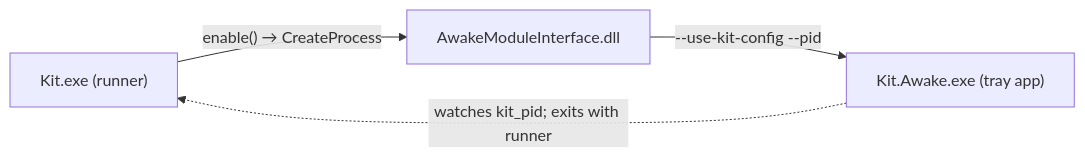
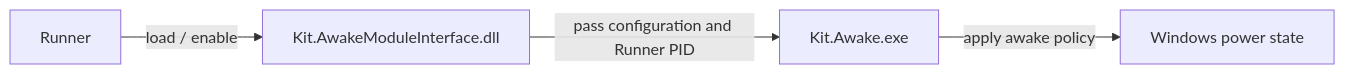
Before and after one commit to guijianchou/Kit: the second of 7 diagrams in README.md, drawn with Mermaid. The commit also changed other lines of this file and 3 other files, not shown here.

````diff
--- a/README.md
+++ b/README.md
@@ -112,9 +99,6 @@
 ```mermaid
 flowchart LR
-    R["Kit.exe (runner)"]
-    MI["AwakeModuleInterface.dll"]
-    A["Kit.Awake.exe (tray app)"]
-    R -->|"enable() → CreateProcess"| MI
-    MI -->|"--use-kit-config --pid <kit_pid>"| A
-    A -.->|"watches kit_pid; exits with runner"| R
+    R["Runner"] -->|"load / enable"| MI["Kit.AwakeModuleInterface.dll"]
+    MI -->|"pass configuration and Runner PID"| A["Kit.Awake.exe"]
+    A -->|"apply awake policy"| OS["Windows power state"]
 ```
````
